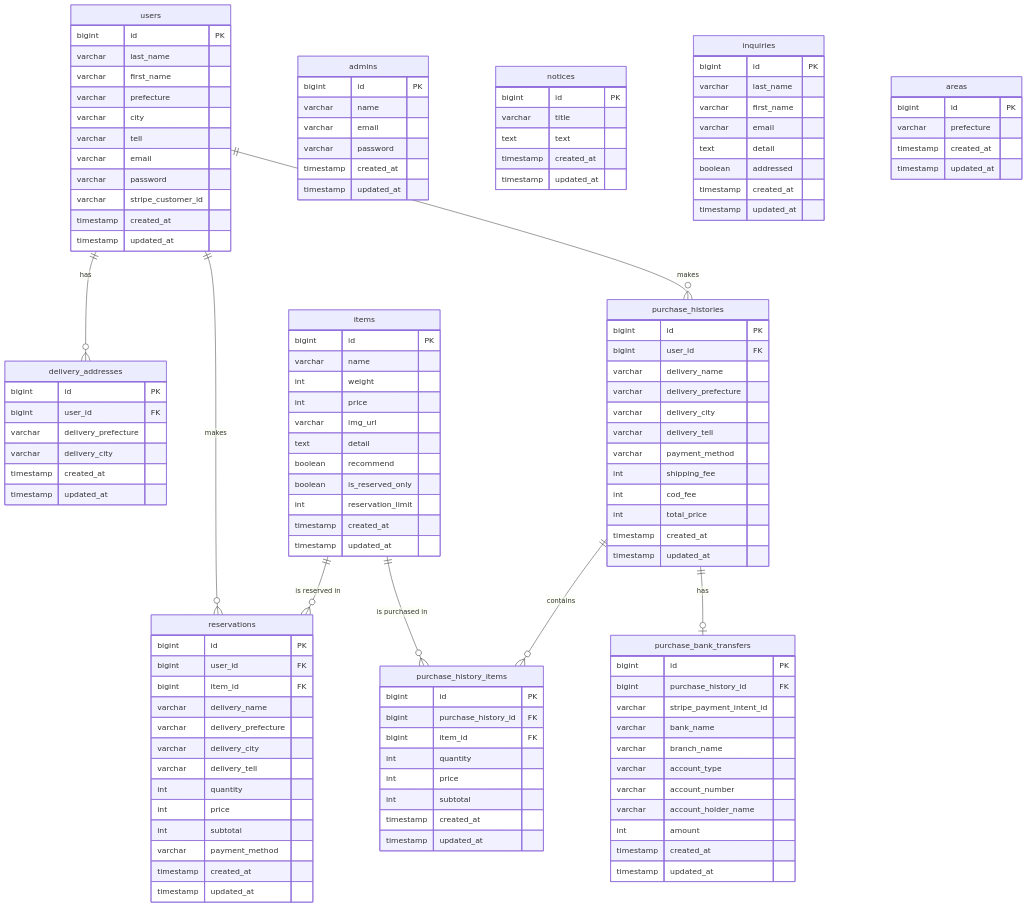
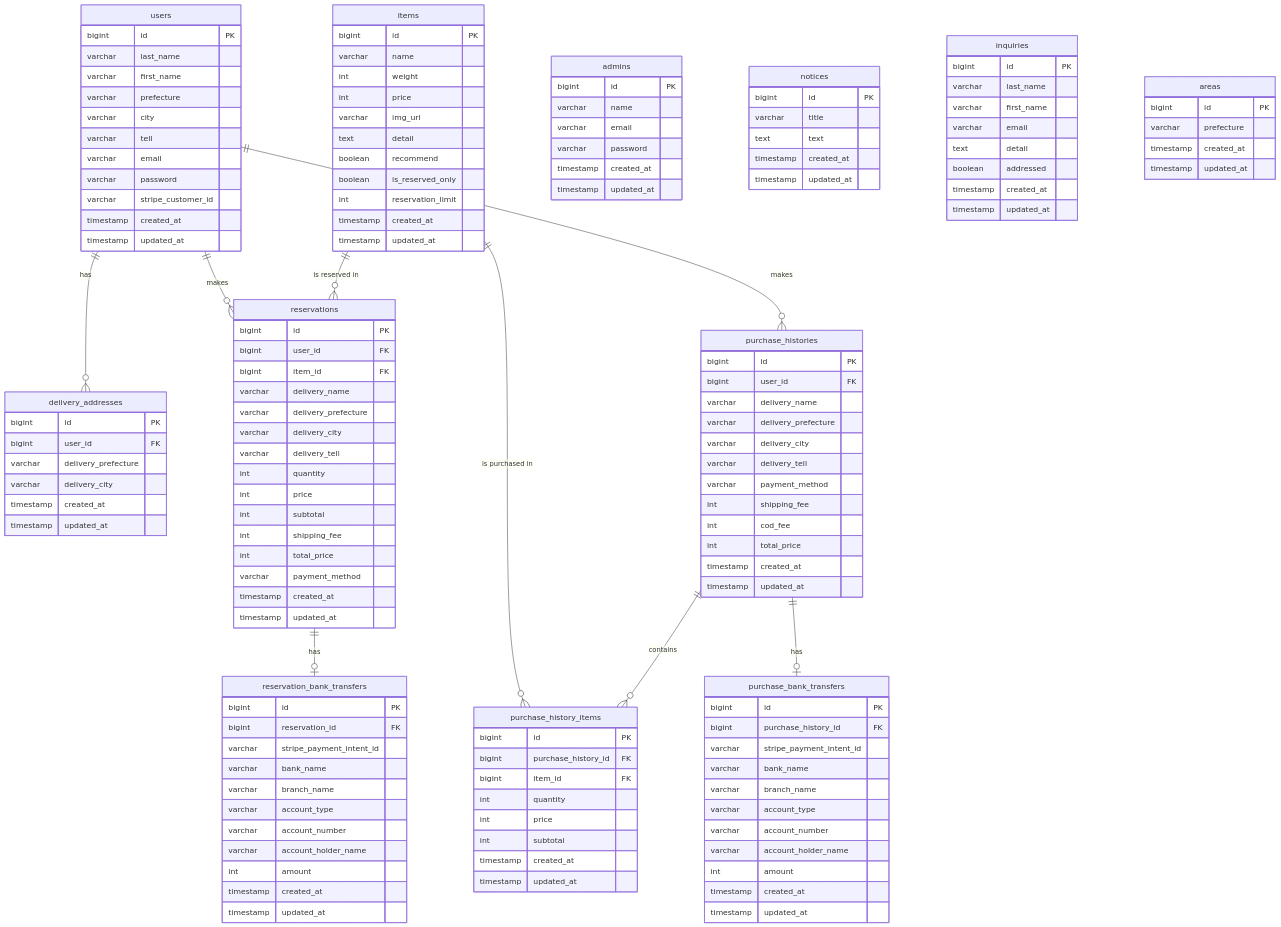
One commit to basstuba/shioyafarm changed the diagram in docs/06-er-diagram.md. Above: the diagram before and after it, drawn with Mermaid. The commit also changed 126 other files, not shown here.

```diff
--- a/docs/06-er-diagram.md
+++ b/docs/06-er-diagram.md
@@ -15,6 +15,7 @@
     items ||--o{ purchase_history_items : "is purchased in"
     purchase_histories ||--o{ purchase_history_items : "contains"
     purchase_histories ||--o| purchase_bank_transfers : "has"
+    reservations ||--o| reservation_bank_transfers : "has"
 
     users {
         bigint id PK
@@ -50,7 +51,23 @@
         int quantity
         int price
         int subtotal
+        int shipping_fee
+        int total_price
         varchar payment_method
+        timestamp created_at
+        timestamp updated_at
+    }
+
+    reservation_bank_transfers {
+        bigint id PK
+        bigint reservation_id FK
+        varchar stripe_payment_intent_id
+        varchar bank_name
+        varchar branch_name
+        varchar account_type
+        varchar account_number
+        varchar account_holder_name
+        int amount
         timestamp created_at
         timestamp updated_at
     }
```
